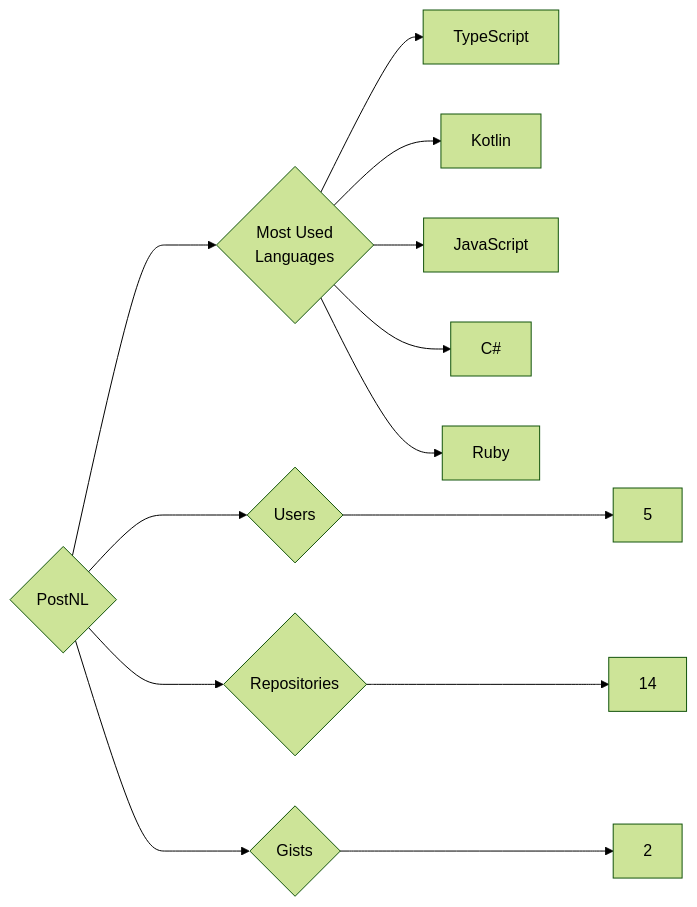
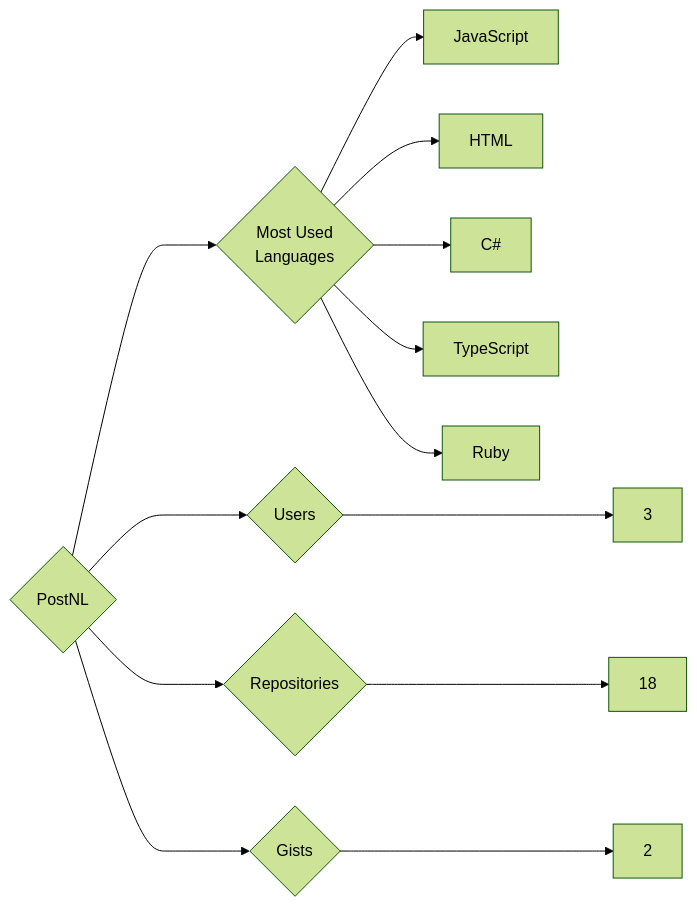
The diagram in targets/PostNL/README.md (trickest/insiders), drawn with Mermaid (forest theme) before and after one commit. The commit also changed 839 other files, not shown here.

````diff
--- a/targets/PostNL/README.md
+++ b/targets/PostNL/README.md
@@ -3,13 +3,13 @@
 ```mermaid
 graph LR
 COMPANY_NAME{PostNL}
-COMPANY_NAME ---> U{Users} ---> UN[5]
-COMPANY_NAME ---> R{Repositories} ---> RN[14]
+COMPANY_NAME ---> U{Users} ---> UN[3]
+COMPANY_NAME ---> R{Repositories} ---> RN[18]
 COMPANY_NAME ---> G{Gists} ---> GN[2]
 COMPANY_NAME ---> ML{Most Used<br>Languages}
+ML --> JavaScript[JavaScript]
+ML --> HTML[HTML]
+ML --> C#[C#]
 ML --> TypeScript[TypeScript]
-ML --> Kotlin[Kotlin]
-ML --> JavaScript[JavaScript]
-ML --> C#[C#]
 ML --> Ruby[Ruby]
 ```
````
